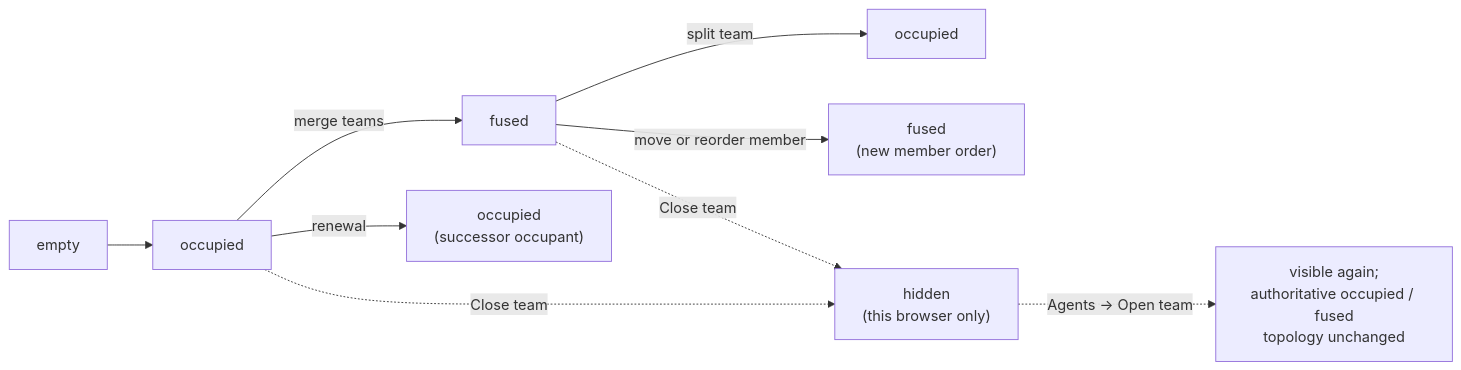
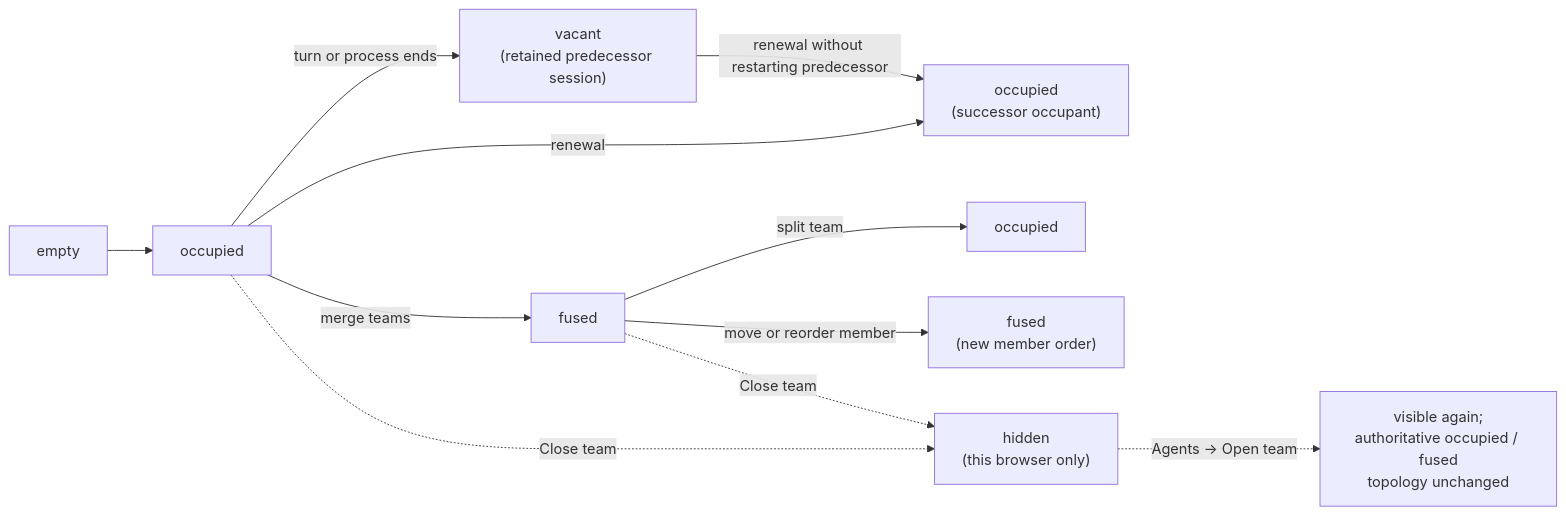
One commit to infimalabs/spice-rust changed diagram 14 of 19 in docs/product/model/states.md. Above: the diagram before and after it, drawn with Mermaid. The commit also changed 7 other files, not shown here.

Commit message:
Allow vacant lanes to renew without waking the predecessor

````diff
--- a/docs/product/model/states.md
+++ b/docs/product/model/states.md
@@ -348,11 +348,13 @@
 ```mermaid
 flowchart LR
   E["empty"] --> O["occupied"]
   O -->|"merge teams"| F["fused"]
   O -->|"renewal"| OR["occupied<br/>(successor occupant)"]
+  O -->|"turn or process ends"| Q["vacant<br/>(retained predecessor session)"]
+  Q -->|"renewal without restarting predecessor"| OR
   F -->|"split team"| OS["occupied"]
   F -->|"move or reorder member"| FR["fused<br/>(new member order)"]
   O -.->|"Close team"| H["hidden<br/>(this browser only)"]
   F -.->|"Close team"| H
   H -.->|"Agents → Open team"| V["visible again;<br/>authoritative occupied / fused<br/>topology unchanged"]
 ```
````
